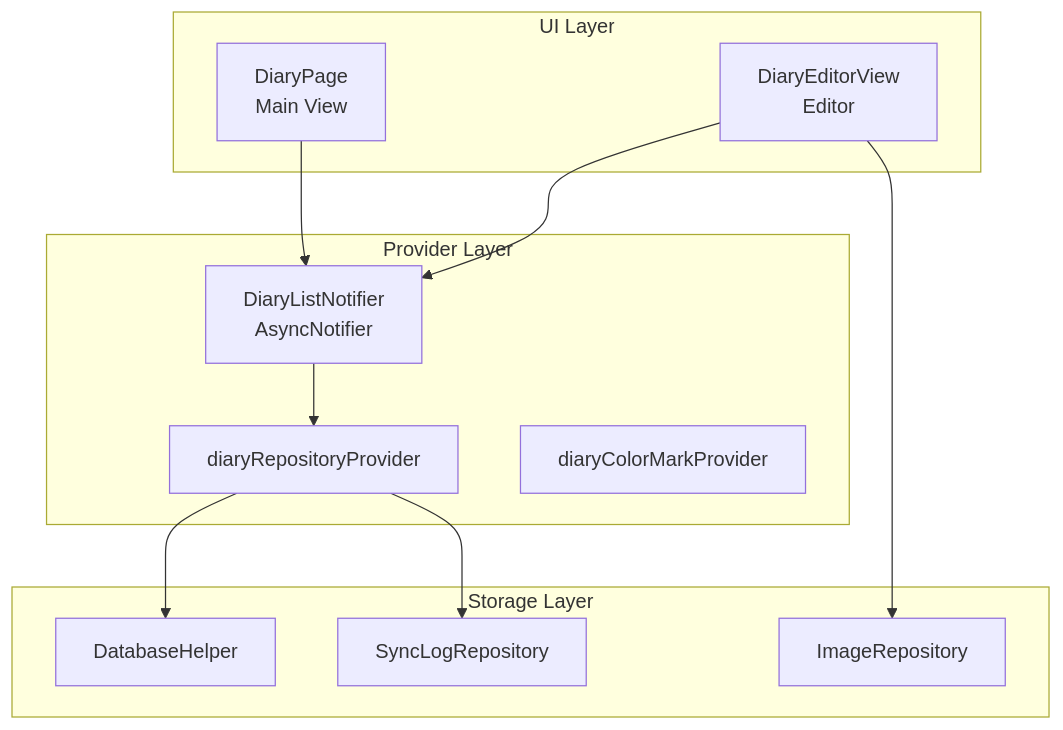
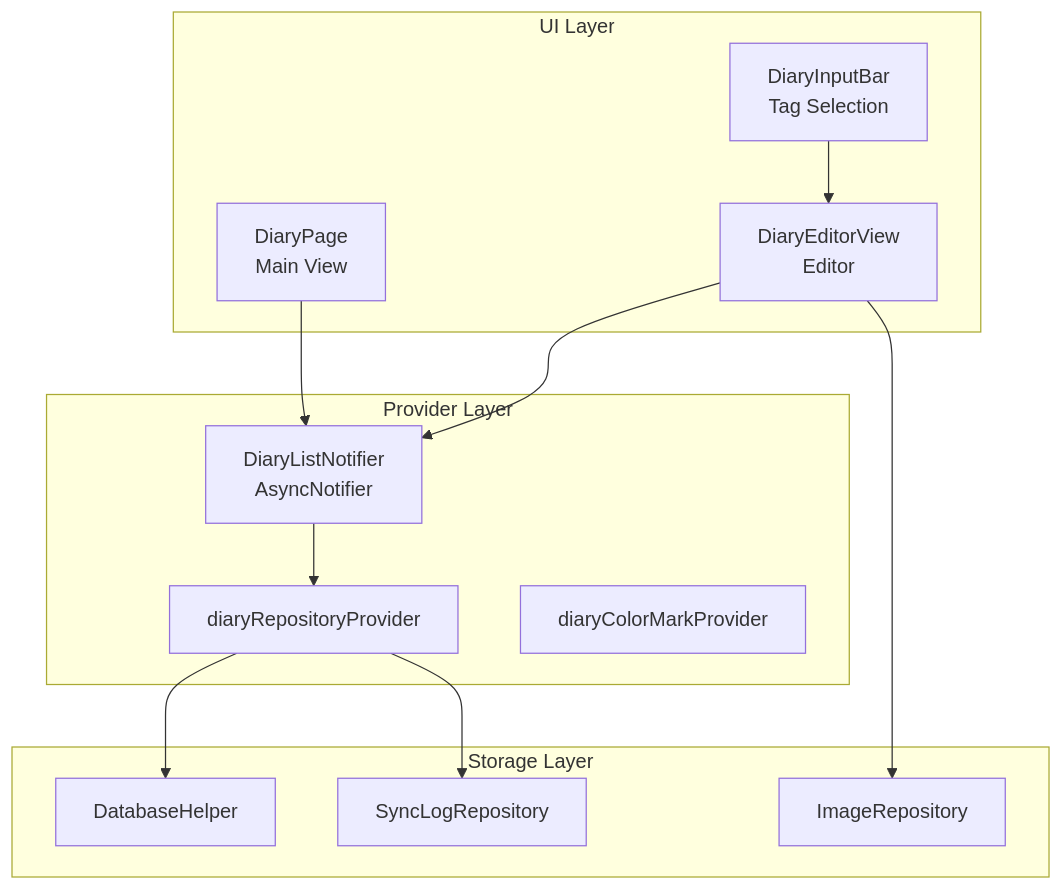
Before and after one commit to favoroo/QNote: the first of 9 diagrams in .qoder/repowiki/en/content/Core Features/Diary Management.md, drawn with Mermaid. The commit also changed other lines of this file and 114 other files, not shown here.

````diff
--- a/.qoder/repowiki/en/content/Core Features/Diary Management.md
+++ b/.qoder/repowiki/en/content/Core Features/Diary Management.md
@@ -36,23 +47,25 @@
 ```mermaid
 graph TB
 subgraph "UI Layer"
 DP["DiaryPage<br/>Main View"]
 DEV["DiaryEditorView<br/>Editor"]
+DIB["DiaryInputBar<br/>Tag Selection"]
 end
 subgraph "Provider Layer"
 DLP["DiaryListNotifier<br/>AsyncNotifier"]
 DRP["diaryRepositoryProvider"]
 DCP["diaryColorMarkProvider"]
 end
 subgraph "Storage Layer"
 DBH["DatabaseHelper"]
 SLR["SyncLogRepository"]
 IR["ImageRepository"]
 end
 DP --> DLP
 DEV --> DLP
+DIB --> DEV
 DLP --> DRP
 DRP --> DBH
 DRP --> SLR
 DEV --> IR
 ```
````
